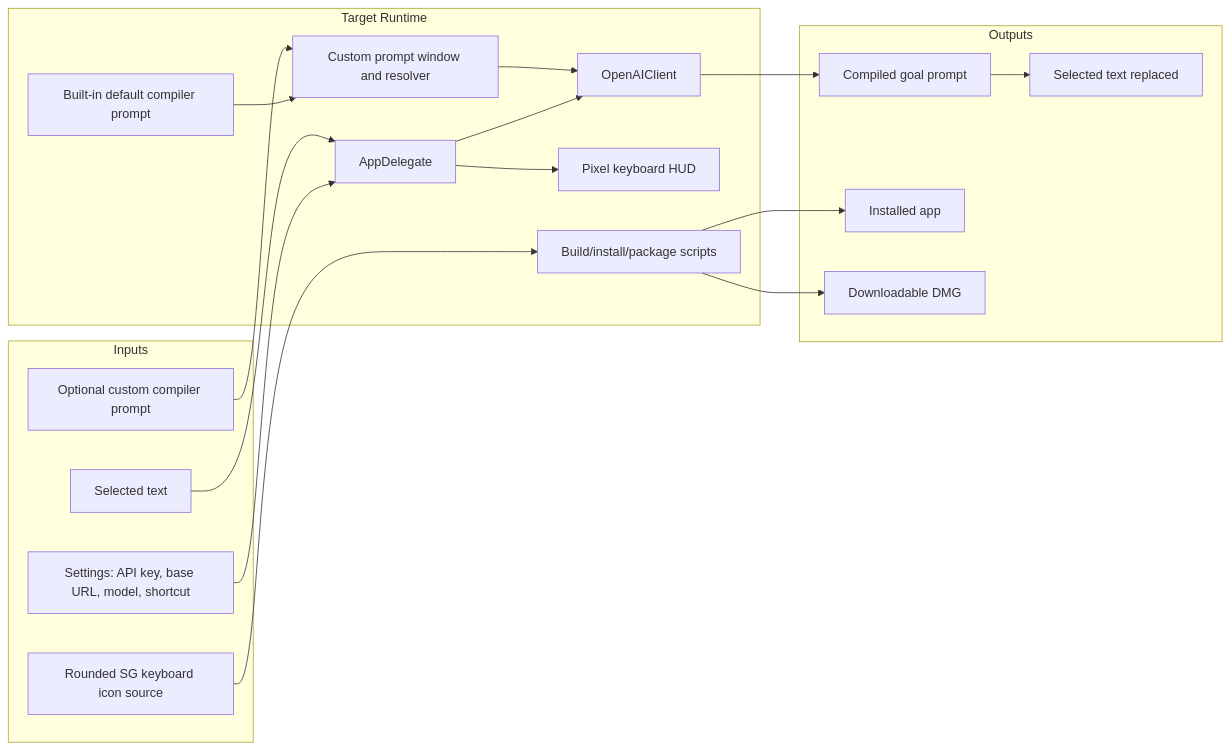
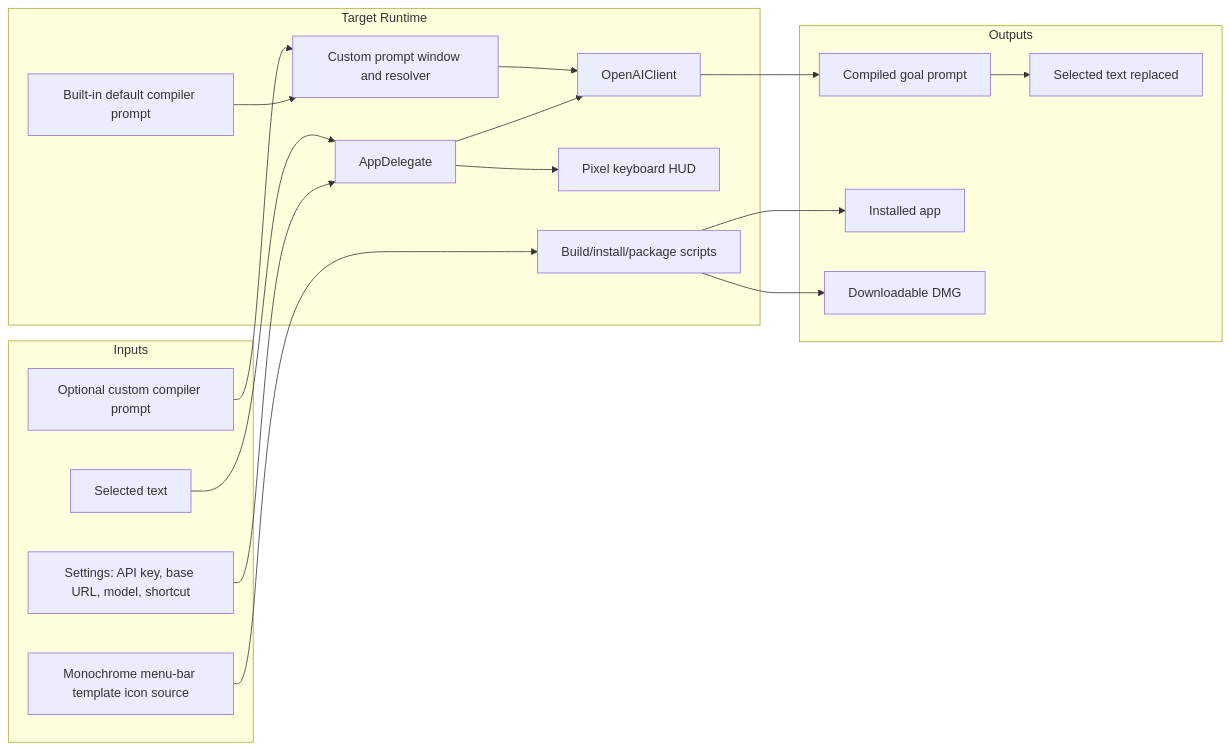
Before and after one commit to fightheyyy/SuperGoal: the second of 2 diagrams in plugin/supergoal.app-src/SPEC.md, drawn with Mermaid. The commit also changed other lines of this file and 10 other files, not shown here.

Commit message:
Use a smaller monochrome menu bar icon

````diff
--- a/plugin/supergoal.app-src/SPEC.md
+++ b/plugin/supergoal.app-src/SPEC.md
@@ -53,38 +53,38 @@
 ```mermaid
 flowchart LR
     subgraph Inputs["Inputs"]
         A["Selected text"]
         B["Settings: API key, base URL, model, shortcut"]
         I["Optional custom compiler prompt"]
-        K["Rounded SG keyboard icon source"]
+        K["Monochrome menu-bar template icon source"]
     end
 
     subgraph Runtime["Target Runtime"]
         C["AppDelegate"]
         J["Custom prompt window and resolver"]
         D["OpenAIClient"]
         E["Built-in default compiler prompt"]
         F["Pixel keyboard HUD"]
         L["Build/install/package scripts"]
     end
 
     subgraph Outputs["Outputs"]
         G["Compiled goal prompt"]
         H["Selected text replaced"]
         M["Installed app"]
         N["Downloadable DMG"]
     end
 
     A --> C
     B --> C
     I --> J
     K --> L
     E --> J
     J --> D
     C --> F
     C --> D
     D --> G
     G --> H
     L --> M
     L --> N
 ```
````
